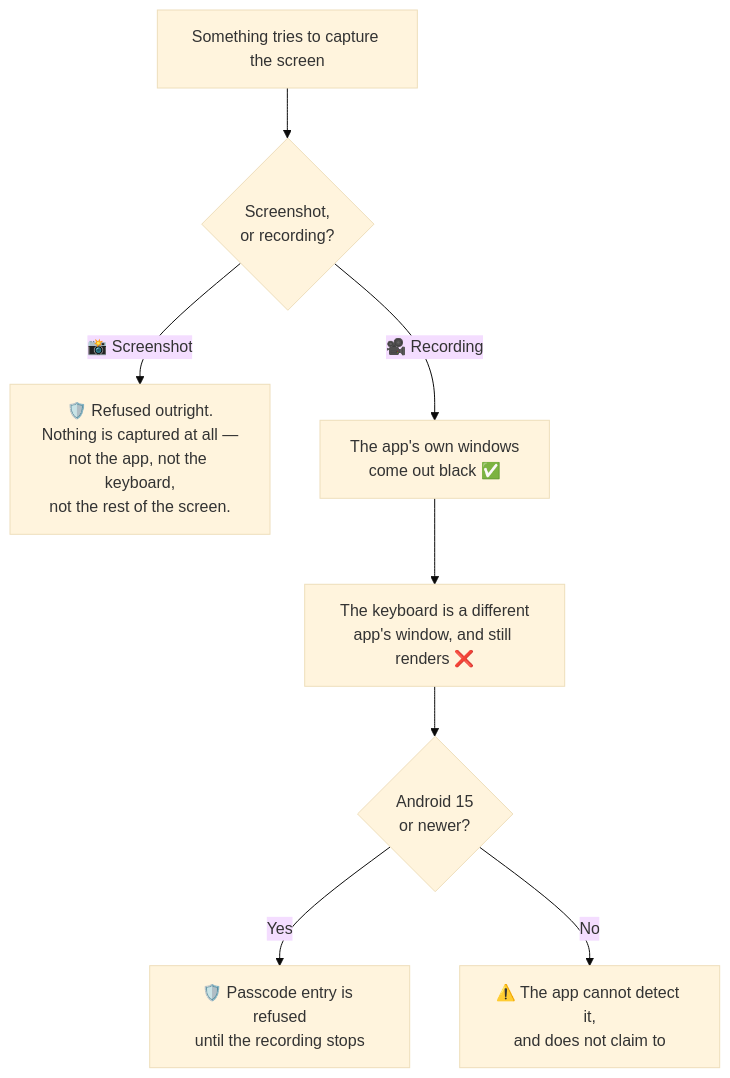
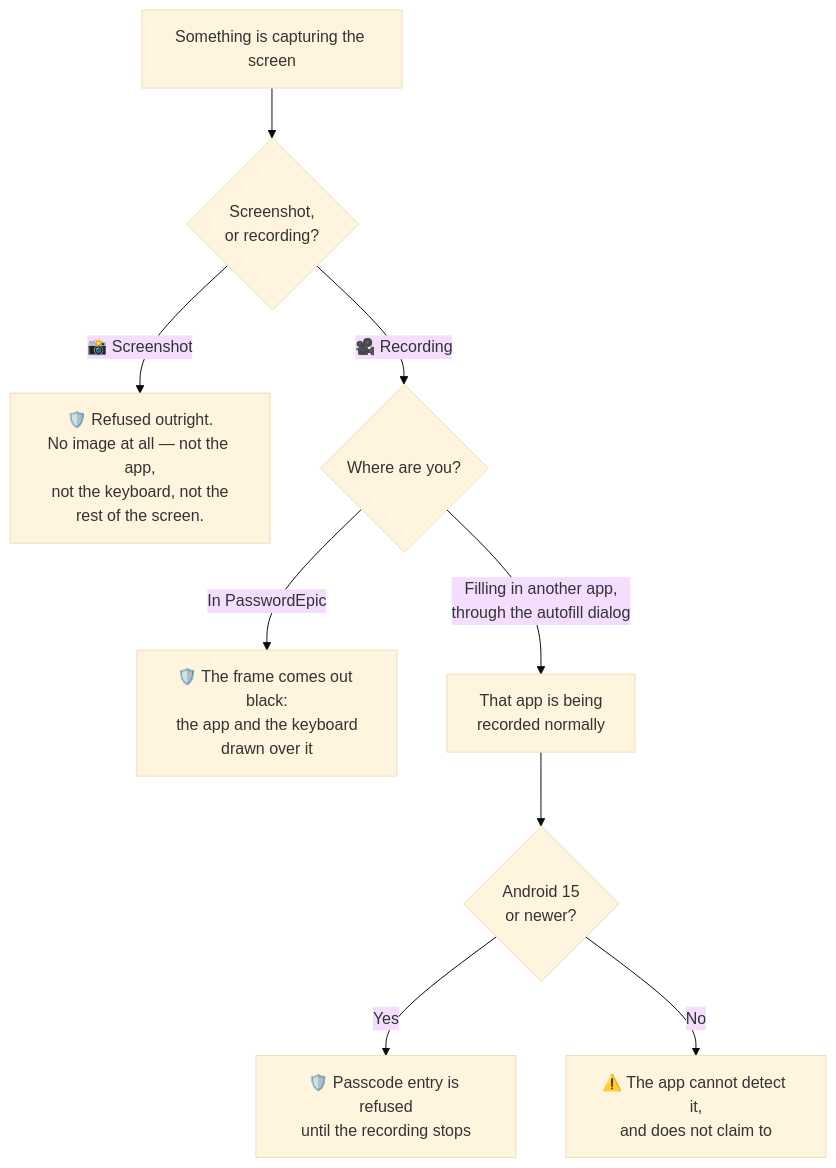
The seventh of 16 diagrams in docs/plain-words.md (TuPhung369/passwordepic-website), drawn with Mermaid (base theme) before and after one commit. The commit also changed other lines of this file and 10 other files, not shown here.

````diff
--- a/docs/plain-words.md
+++ b/docs/plain-words.md
@@ -143,10 +143,11 @@
 ```mermaid
 flowchart TD
-  A["Something tries to capture the screen"] --> B{"Screenshot,<br/>or recording?"}
-  B -->|"📸 Screenshot"| C["🛡️ Refused outright.<br/>Nothing is captured at all —<br/>not the app, not the keyboard,<br/>not the rest of the screen."]
-  B -->|"🎥 Recording"| D["The app's own windows<br/>come out black ✅"]
-  D --> E["The keyboard is a different<br/>app's window, and still renders ❌"]
-  E --> F{"Android 15<br/>or newer?"}
-  F -->|"Yes"| G["🛡️ Passcode entry is refused<br/>until the recording stops"]
-  F -->|"No"| H["⚠️ The app cannot detect it,<br/>and does not claim to"]
+  A["Something is capturing the screen"] --> B{"Screenshot,<br/>or recording?"}
+  B -->|"📸 Screenshot"| C["🛡️ Refused outright.<br/>No image at all — not the app,<br/>not the keyboard, not the<br/>rest of the screen."]
+  B -->|"🎥 Recording"| D{"Where are you?"}
+  D -->|"In PasswordEpic"| E["🛡️ The frame comes out black:<br/>the app and the keyboard<br/>drawn over it"]
+  D -->|"Filling in another app,<br/>through the autofill dialog"| F["That app is being<br/>recorded normally"]
+  F --> G{"Android 15<br/>or newer?"}
+  G -->|"Yes"| H["🛡️ Passcode entry is refused<br/>until the recording stops"]
+  G -->|"No"| I["⚠️ The app cannot detect it,<br/>and does not claim to"]
 ```
````
